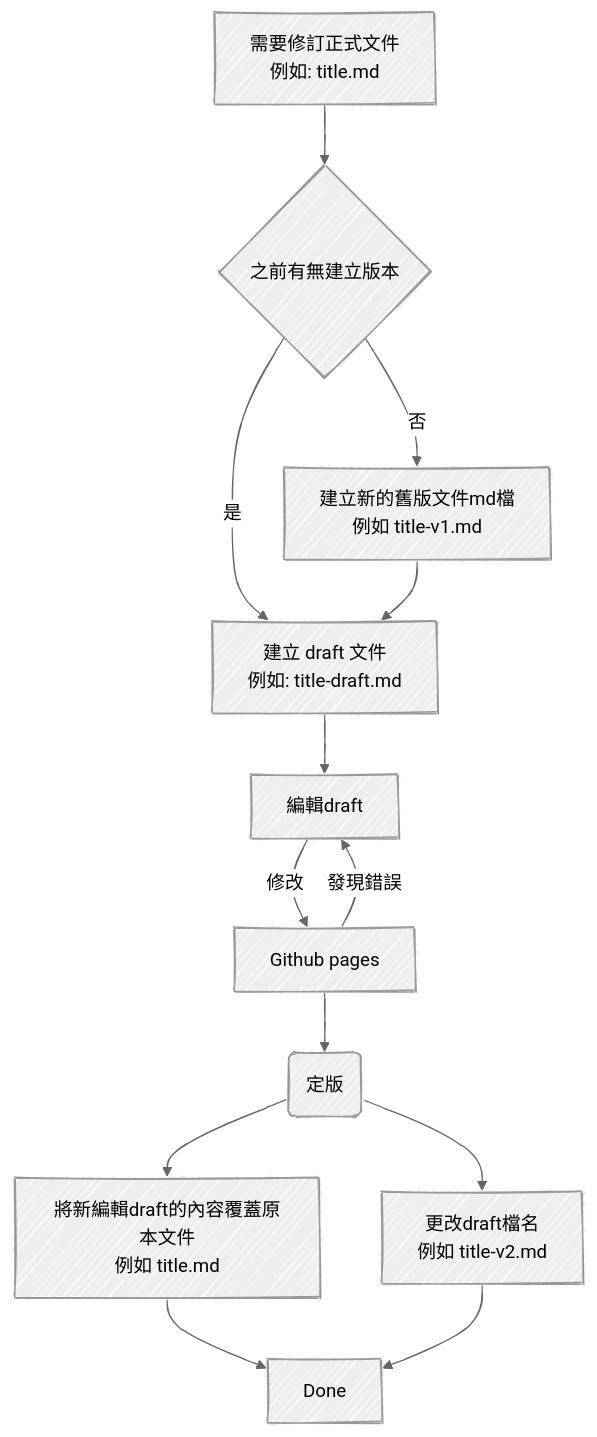
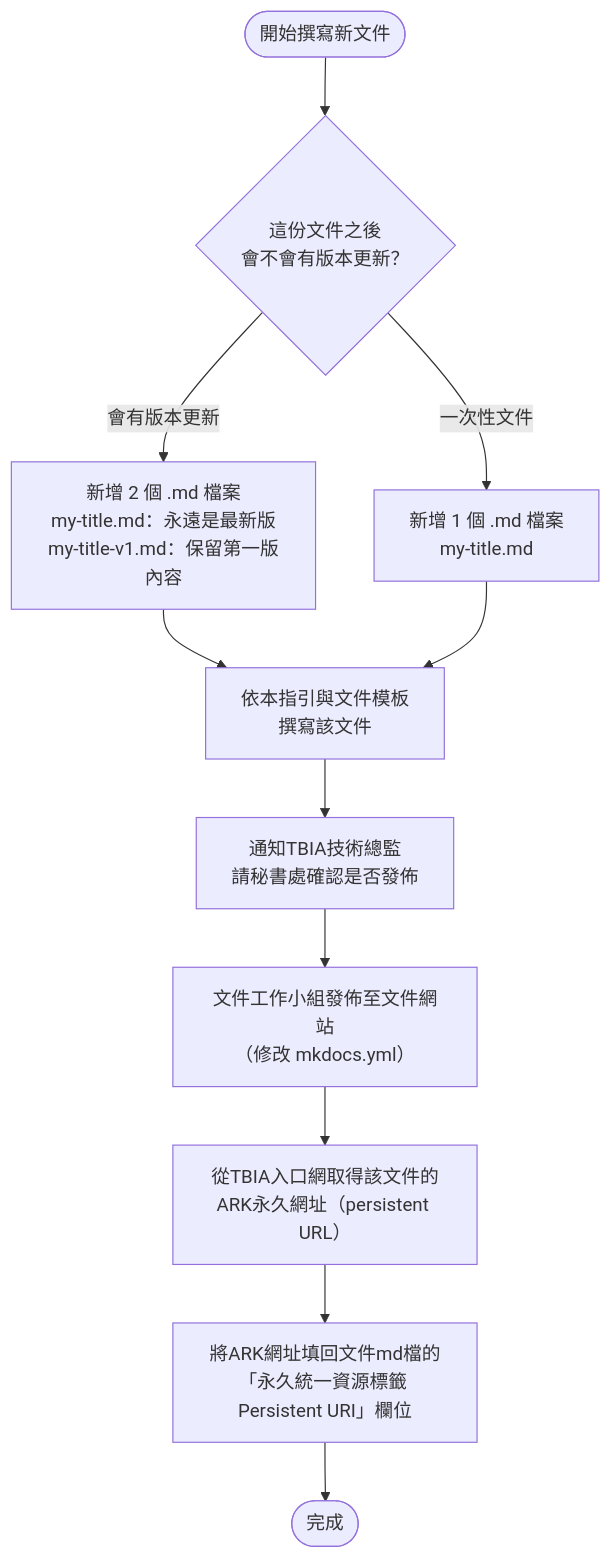
One commit to TBIA/docs changed the diagram in docs/document_guidelines-draft.md. Above: the diagram before and after it, drawn with Mermaid. The commit also changed other lines of this file, not shown here.

First line of the commit message:
Update guidelines draft with new version-update workflow

````diff
--- a/docs/document_guidelines-draft.md
+++ b/docs/document_guidelines-draft.md
@@ -64,20 +50,13 @@
 ```mermaid
----
-config:
-  look: handDrawn
-  theme: neutral
----
 flowchart TD
-    Start[需要修訂正式文件<br />例如: title.md] --> Check{之前有無建立版本}
-    Check --> |是|Draft[建立 draft 文件<br/>例如: title-draft.md]
-    Check --> |否|Backup[建立新的舊版文件md檔<br />例如 title-v1.md]
-    Backup --> Draft
-    Draft --> Edit[編輯draft]
-    Edit -->|修改| GHP[Github pages]
-    GHP -->|發現錯誤| Edit
-    GHP -->Save(定版)
-    Save --> Update[將新編輯draft的內容覆蓋原本文件<br />例如 title.md]
-    Save --> Rename[更改draft檔名<br />例如 title-v2.md<br />]
-    Update --> Done
-    Rename --> Done
+    A(["開始撰寫新文件"]) --> B{"這份文件之後<br/>會不會有版本更新？"}
+    B -- "會有版本更新" --> C["新增 2 個 .md 檔案<br/>my-title.md：永遠是最新版<br/>my-title-v1.md：保留第一版內容"]
+    B -- "一次性文件" --> D["新增 1 個 .md 檔案<br/>my-title.md"]
+    C --> E["依本指引與文件模板<br/>撰寫該文件"]
+    D --> E
+    E --> F["通知TBIA技術總監<br/>請秘書處確認是否發佈"]
+    F --> G["文件工作小組發佈至文件網站<br/>（修改 mkdocs.yml）"]
+    G --> H["從TBIA入口網取得該文件的<br/>ARK永久網址（persistent URL）"]
+    H --> I["將ARK網址填回文件md檔的<br/>「永久統一資源標籤 Persistent URI」欄位"]
+    I --> J(["完成"])
 ```
````
